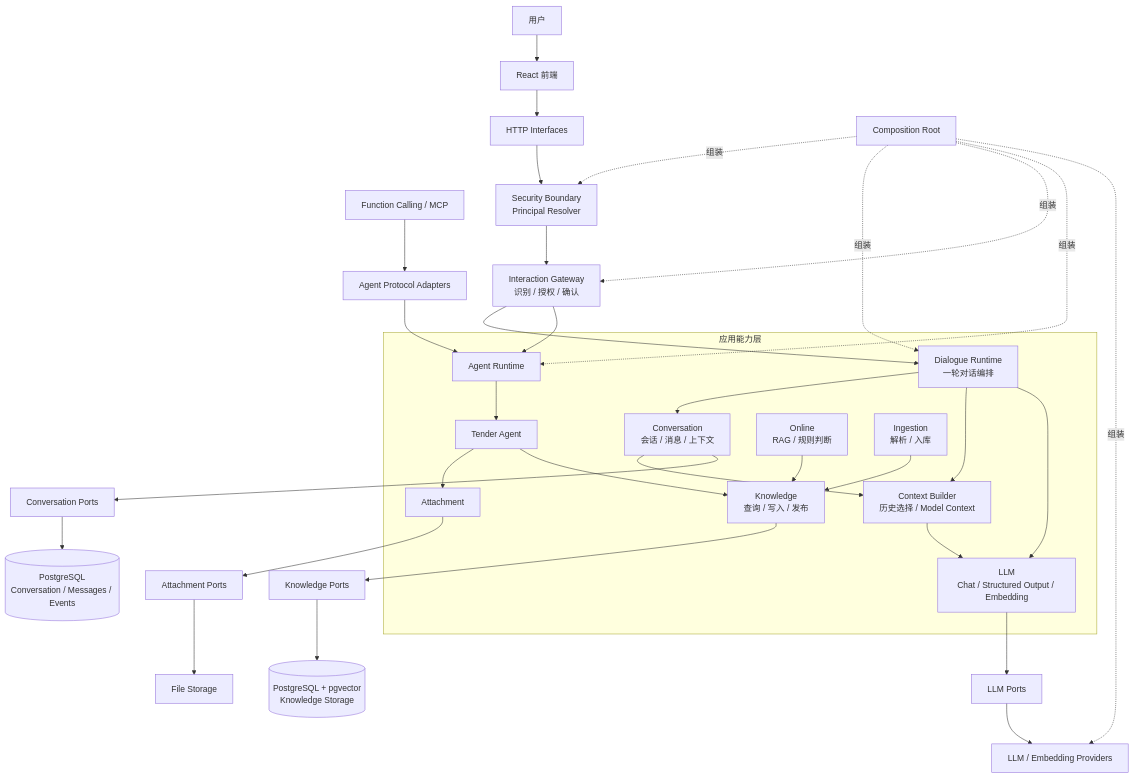
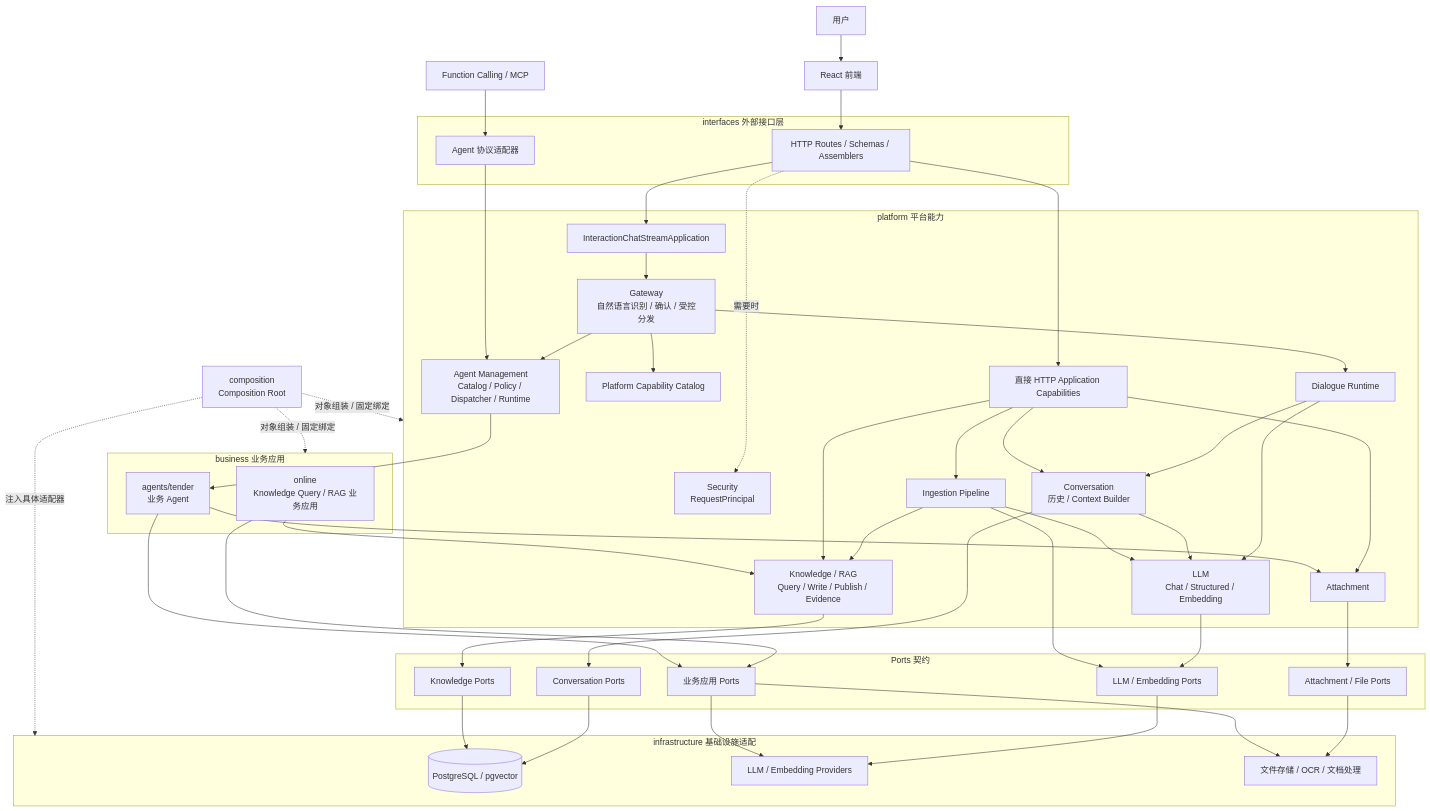
One commit to Hr222/go-agent-system changed the first of 4 diagrams in ARCHITECTURE.md. Above: the diagram before and after it, drawn with Mermaid. The commit also changed other lines of this file and 15 other files, not shown here.

````diff
--- a/ARCHITECTURE.md
+++ b/ARCHITECTURE.md
@@ -86,52 +55,92 @@
 ```mermaid
 flowchart TB
-    User["用户"] --> Frontend["React 前端"]
-    Frontend --> Http["HTTP Interfaces"]
-    External["Function Calling / MCP"] --> Protocol["Agent Protocol Adapters"]
+    User[用户] --> Frontend[React 前端]
+    External[Function Calling / MCP] --> Protocol[Agent 协议适配器]
 
-    Http --> Security["Security Boundary\nPrincipal Resolver"]
-    Security --> Interaction["Interaction Gateway\n识别 / 授权 / 确认"]
-    Protocol --> AgentRuntime["Agent Runtime"]
+    subgraph Interfaces[interfaces 外部接口层]
+        Http[HTTP Routes / Schemas / Assemblers]
+        Protocol
+    end
+    Frontend --> Http
 
-    subgraph Capabilities["应用能力层"]
-        Dialogue["Dialogue Runtime\n一轮对话编排"]
-        Conversation["Conversation\n会话 / 消息 / 上下文"]
-        Context["Context Builder\n历史选择 / Model Context"]
-        LLM["LLM\nChat / Structured Output / Embedding"]
-        AgentRuntime
-        Tender["Tender Agent"]
-        Attachment["Attachment"]
-        Online["Online\nRAG / 规则判断"]
-        Knowledge["Knowledge\n查询 / 写入 / 发布"]
-        Ingestion["Ingestion\n解析 / 入库"]
+    subgraph Platform[platform 平台能力]
+        Security[Security
+RequestPrincipal]
+        Direct[直接 HTTP Application Capabilities]
+        Chat[InteractionChatStreamApplication]
+        Gateway[Gateway
+自然语言识别 / 确认 / 受控分发]
+        Catalog[Platform Capability Catalog]
+        Dialogue[Dialogue Runtime]
+        Conversation[Conversation
+历史 / Context Builder]
+        AgentManagement[Agent Management
+Catalog / Policy / Dispatcher / Runtime]
+        LLM[LLM
+Chat / Structured / Embedding]
+        Knowledge[Knowledge / RAG
+Query / Write / Publish / Evidence]
+        Ingestion[Ingestion Pipeline]
+        Attachment[Attachment]
     end
 
-    Interaction --> Dialogue
+    Http --> Direct
+    Http --> Chat
+    Http -.需要时.-> Security
+    Chat --> Gateway
+    Gateway --> Catalog
+    Gateway --> Dialogue
+    Gateway --> AgentManagement
+    Protocol --> AgentManagement
     Dialogue --> Conversation
-    Conversation --> Context
-    Dialogue --> Context
-    Context --> LLM
     Dialogue --> LLM
-    Interaction --> AgentRuntime
-    AgentRuntime --> Tender
+    Conversation --> LLM
+    Ingestion --> Knowledge
+    Ingestion --> LLM
+    Direct --> Knowledge
+    Direct --> Ingestion
+    Direct --> Conversation
+    Direct --> Attachment
+
+    subgraph Business[ business 业务应用]
+        Online[online
+Knowledge Query / RAG 业务应用]
+        Tender[agents/tender
+业务 Agent]
+    end
+    Online --> Knowledge
+    AgentManagement --> Tender
     Tender --> Attachment
-    Tender --> Knowledge
-    Online --> Knowledge
-    Ingestion --> Knowledge
 
-    Conversation --> ConversationPorts["Conversation Ports"]
-    Knowledge --> KnowledgePorts["Knowledge Ports"]
-    LLM --> LlmPorts["LLM Ports"]
-    Attachment --> AttachmentPorts["Attachment Ports"]
+    subgraph Ports[Ports 契约]
+        ConversationPorts[Conversation Ports]
+        KnowledgePorts[Knowledge Ports]
+        LlmPorts[LLM / Embedding Ports]
+        AttachmentPorts[Attachment / File Ports]
+        BusinessPorts[业务应用 Ports]
+    end
+    Conversation --> ConversationPorts
+    Knowledge --> KnowledgePorts
+    LLM --> LlmPorts
+    Ingestion --> LlmPorts
+    Attachment --> AttachmentPorts
+    Online --> BusinessPorts
+    Tender --> BusinessPorts
 
-    ConversationPorts --> Persistence[("PostgreSQL\nConversation / Messages / Events")]
-    KnowledgePorts --> KnowledgeStore[("PostgreSQL + pgvector\nKnowledge Storage")]
-    LlmPorts --> Providers["LLM / Embedding Providers"]
-    AttachmentPorts --> FileStore["File Storage"]
+    subgraph Infrastructure[infrastructure 基础设施适配]
+        Persistence[(PostgreSQL / pgvector)]
+        Providers[LLM / Embedding Providers]
+        Files[文件存储 / OCR / 文档处理]
+    end
+    ConversationPorts --> Persistence
+    KnowledgePorts --> Persistence
+    LlmPorts --> Providers
+    AttachmentPorts --> Files
+    BusinessPorts --> Providers
+    BusinessPorts --> Files
 
-    Composition["Composition Root"] -.组装.-> Security
-    Composition -.组装.-> Dialogue
-    Composition -.组装.-> Interaction
-    Composition -.组装.-> AgentRuntime
-    Composition -.组装.-> Providers
+    Composition[composition
+Composition Root] -.对象组装 / 固定绑定.-> Platform
+    Composition -.对象组装 / 固定绑定.-> Business
+    Composition -.注入具体适配器.-> Infrastructure
 ```
````
